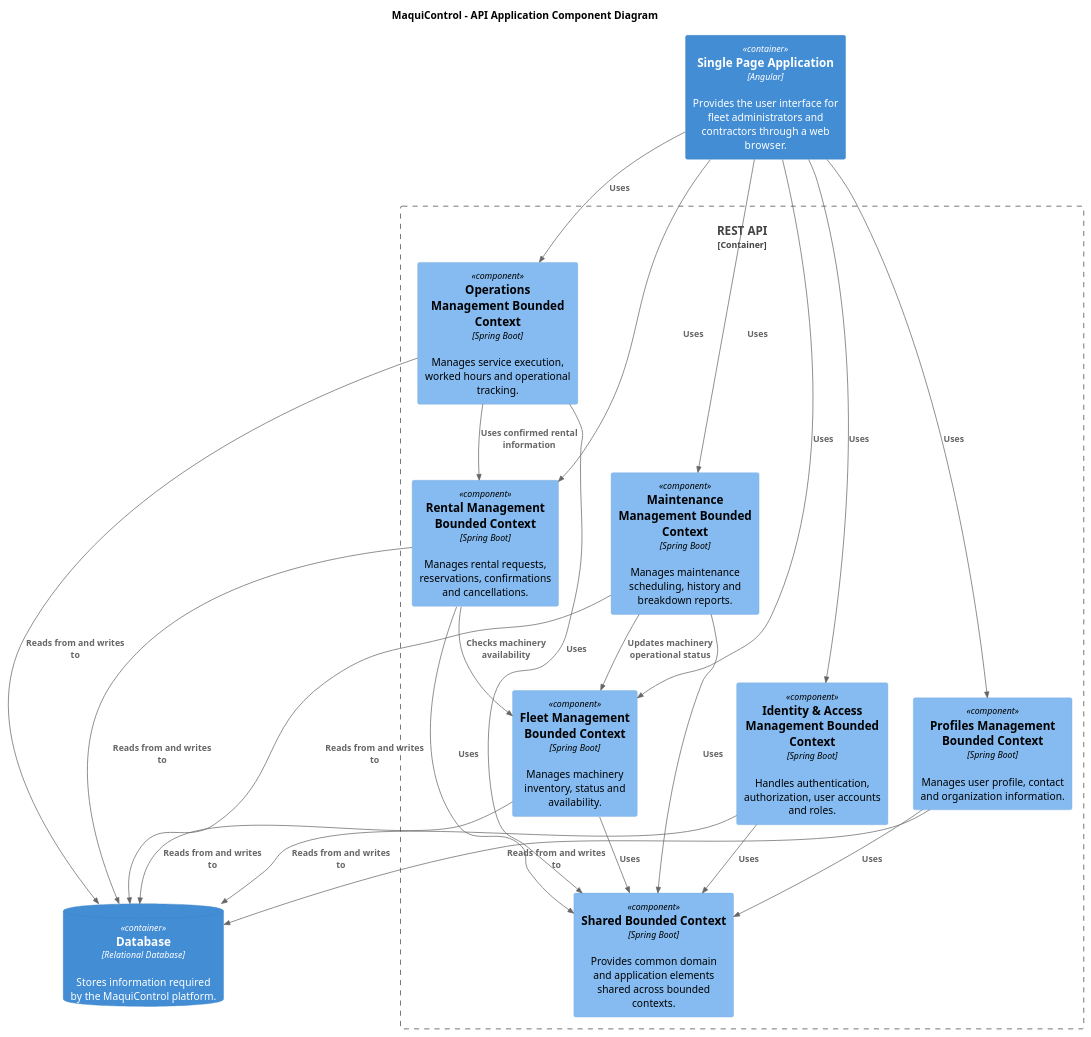
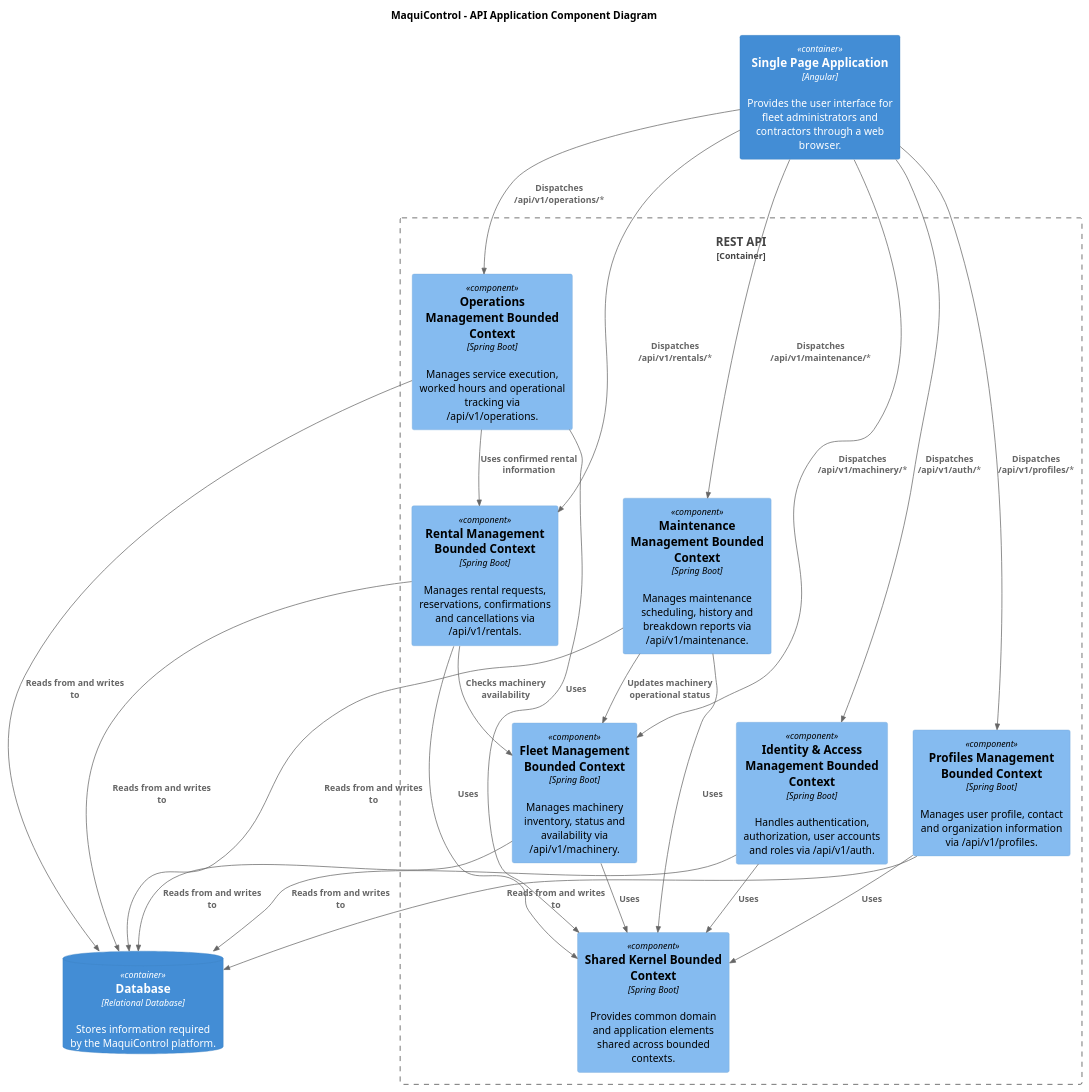
Before and after one commit to AndesHeavyTech/MaquiControl: the diagram in docs/architecture/components/api-components.puml, drawn with PlantUML. The commit also changed 31 other files, not shown here.

Commit message:
docs(diagrams): update component descriptions and API endpoint details across multiple diagrams

```diff
--- a/docs/architecture/components/api-components.puml
+++ b/docs/architecture/components/api-components.puml
@@ -1,52 +1,52 @@
 @startuml
 !include <C4/C4_Component>
 
 title MaquiControl - API Application Component Diagram
 
 Container(webapp, "Single Page Application", "Angular", "Provides the user interface for fleet administrators and contractors through a web browser.")
 
 Container_Boundary(api, "REST API") {
 
-    Component(iam, "Identity & Access Management Bounded Context", "Spring Boot", "Handles authentication, authorization, user accounts and roles.")
+    Component(iam, "Identity & Access Management Bounded Context", "Spring Boot", "Handles authentication, authorization, user accounts and roles via /api/v1/auth.")
 
-    Component(profiles, "Profiles Management Bounded Context", "Spring Boot", "Manages user profile, contact and organization information.")
+    Component(profiles, "Profiles Management Bounded Context", "Spring Boot", "Manages user profile, contact and organization information via /api/v1/profiles.")
 
-    Component(fleet, "Fleet Management Bounded Context", "Spring Boot", "Manages machinery inventory, status and availability.")
+    Component(fleet, "Fleet Management Bounded Context", "Spring Boot", "Manages machinery inventory, status and availability via /api/v1/machinery.")
 
-    Component(rental, "Rental Management Bounded Context", "Spring Boot", "Manages rental requests, reservations, confirmations and cancellations.")
+    Component(rental, "Rental Management Bounded Context", "Spring Boot", "Manages rental requests, reservations, confirmations and cancellations via /api/v1/rentals.")
 
-    Component(maintenance, "Maintenance Management Bounded Context", "Spring Boot", "Manages maintenance scheduling, history and breakdown reports.")
+    Component(maintenance, "Maintenance Management Bounded Context", "Spring Boot", "Manages maintenance scheduling, history and breakdown reports via /api/v1/maintenance.")
 
-    Component(operations, "Operations Management Bounded Context", "Spring Boot", "Manages service execution, worked hours and operational tracking.")
+    Component(operations, "Operations Management Bounded Context", "Spring Boot", "Manages service execution, worked hours and operational tracking via /api/v1/operations.")
 
-    Component(shared, "Shared Bounded Context", "Spring Boot", "Provides common domain and application elements shared across bounded contexts.")
+    Component(shared, "Shared Kernel Bounded Context", "Spring Boot", "Provides common domain and application elements shared across bounded contexts.")
 }
 
 ContainerDb(database, "Database", "Relational Database", "Stores information required by the MaquiControl platform.")
 
-Rel(webapp, iam, "Uses")
-Rel(webapp, profiles, "Uses")
-Rel(webapp, fleet, "Uses")
-Rel(webapp, rental, "Uses")
-Rel(webapp, maintenance, "Uses")
-Rel(webapp, operations, "Uses")
+Rel(webapp, iam, "Dispatches /api/v1/auth/*")
+Rel(webapp, profiles, "Dispatches /api/v1/profiles/*")
+Rel(webapp, fleet, "Dispatches /api/v1/machinery/*")
+Rel(webapp, rental, "Dispatches /api/v1/rentals/*")
+Rel(webapp, maintenance, "Dispatches /api/v1/maintenance/*")
+Rel(webapp, operations, "Dispatches /api/v1/operations/*")
 
 Rel(iam, database, "Reads from and writes to")
 Rel(profiles, database, "Reads from and writes to")
 Rel(fleet, database, "Reads from and writes to")
 Rel(rental, database, "Reads from and writes to")
 Rel(maintenance, database, "Reads from and writes to")
 Rel(operations, database, "Reads from and writes to")
 
 Rel(rental, fleet, "Checks machinery availability")
 Rel(maintenance, fleet, "Updates machinery operational status")
 Rel(operations, rental, "Uses confirmed rental information")
 
 Rel(iam, shared, "Uses")
 Rel(profiles, shared, "Uses")
 Rel(fleet, shared, "Uses")
 Rel(rental, shared, "Uses")
 Rel(maintenance, shared, "Uses")
 Rel(operations, shared, "Uses")
 
 @enduml
```
